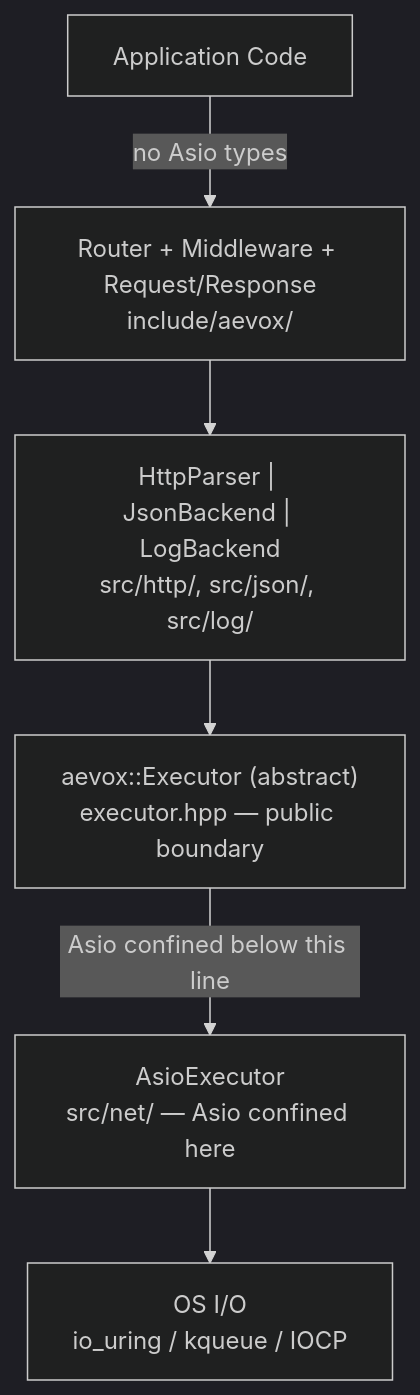
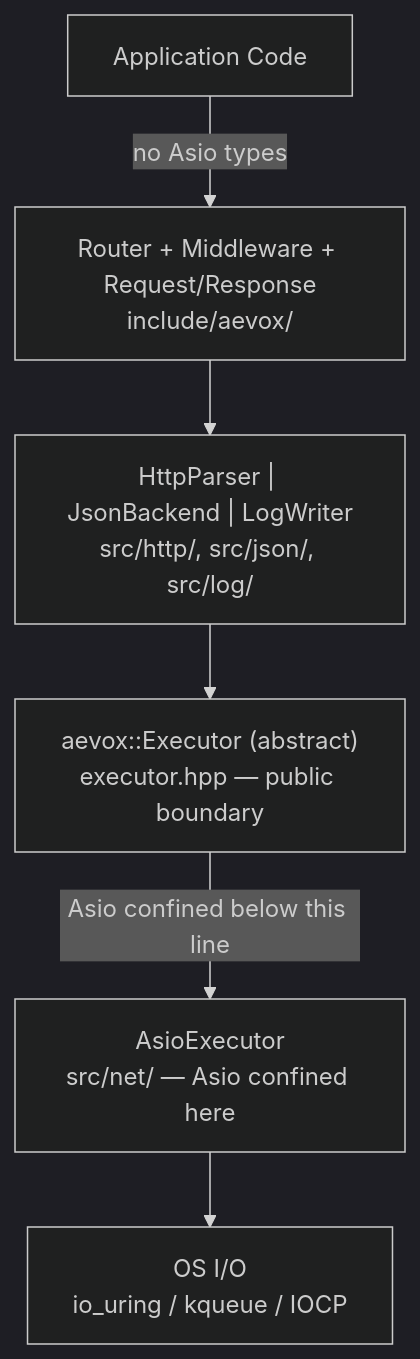
Before and after one commit to MohammadMokhalled/Aevox: the diagram in docs/architecture/layer-diagram.md, drawn with Mermaid (dark theme). The commit also changed other lines of this file and 70 other files, not shown here.

First line of the commit message:
feat(AEV-029): simplify logger architecture (#20)

````diff
--- a/docs/architecture/layer-diagram.md
+++ b/docs/architecture/layer-diagram.md
@@ -7,15 +7,15 @@
 ```mermaid
 graph TD
     AppCode["Application Code"]
     Public["Router + Middleware + Request/Response\ninclude/aevox/"]
-    HttpLog["HttpParser | JsonBackend | LogBackend\nsrc/http/, src/json/, src/log/"]
+    HttpLog["HttpParser | JsonBackend | LogWriter\nsrc/http/, src/json/, src/log/"]
     ExecIface["aevox::Executor (abstract)\nexecutor.hpp — public boundary"]
     AsioImpl["AsioExecutor\nsrc/net/ — Asio confined here"]
     OS["OS I/O\nio_uring / kqueue / IOCP"]
 
     AppCode -->|"no Asio types"| Public
     Public --> HttpLog
     HttpLog --> ExecIface
     ExecIface -->|"Asio confined below this line"| AsioImpl
     AsioImpl --> OS
 ```
````
